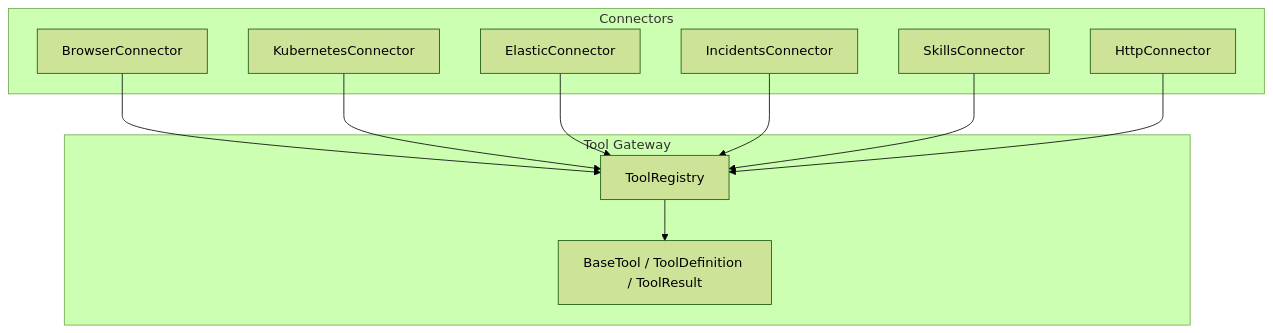
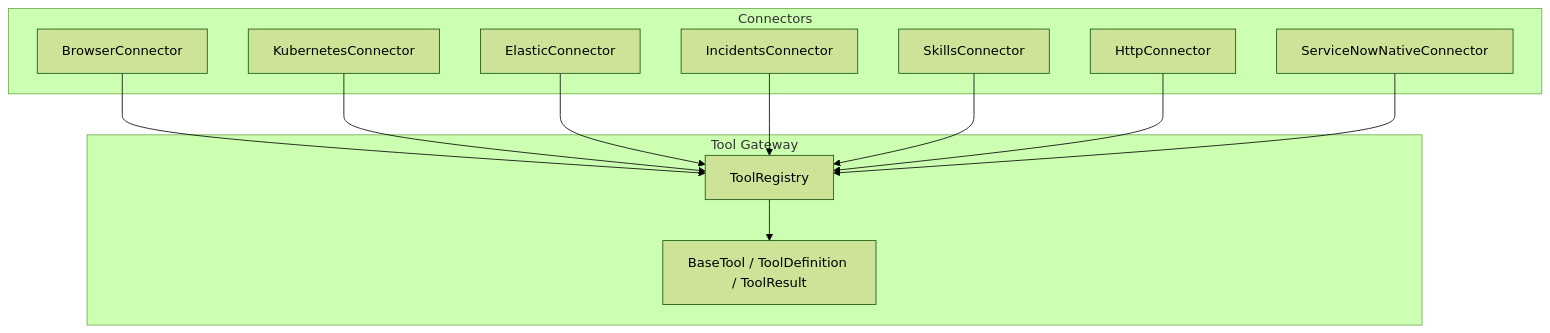
One commit to metasync/luban-aiops changed the first of 3 diagrams in .qoder/repowiki/en/content/Core Services/Tool Gateway/Built-in Tool Connectors/Built-in Tool Connectors.md. Above: the diagram before and after it, drawn with Mermaid (forest theme). The commit also changed other lines of this file and 24 other files, not shown here.

````diff
--- a/.qoder/repowiki/en/content/Core Services/Tool Gateway/Built-in Tool Connectors/Built-in Tool Connectors.md
+++ b/.qoder/repowiki/en/content/Core Services/Tool Gateway/Built-in Tool Connectors/Built-in Tool Connectors.md
@@ -59,22 +63,24 @@
 ```mermaid
 graph TB
 subgraph "Tool Gateway"
 REG["ToolRegistry"]
 BASE["BaseTool / ToolDefinition / ToolResult"]
 end
 subgraph "Connectors"
 BR["BrowserConnector"]
 K8S["KubernetesConnector"]
 ES["ElasticConnector"]
 INC["IncidentsConnector"]
 SK["SkillsConnector"]
 HTTP["HttpConnector"]
+SN["ServiceNowNativeConnector"]
 end
 BR --> REG
 K8S --> REG
 ES --> REG
 INC --> REG
 SK --> REG
 HTTP --> REG
+SN --> REG
 REG --> BASE
 ```
````
